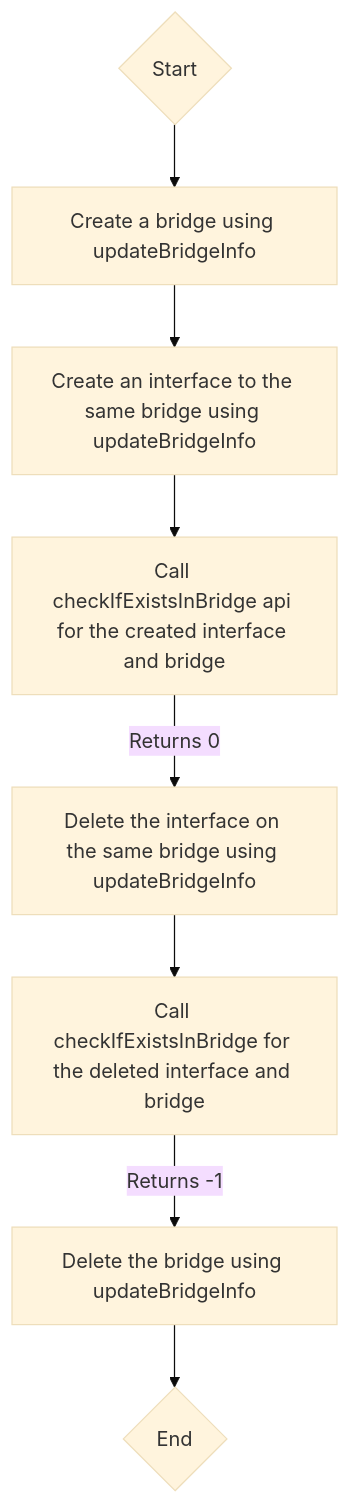
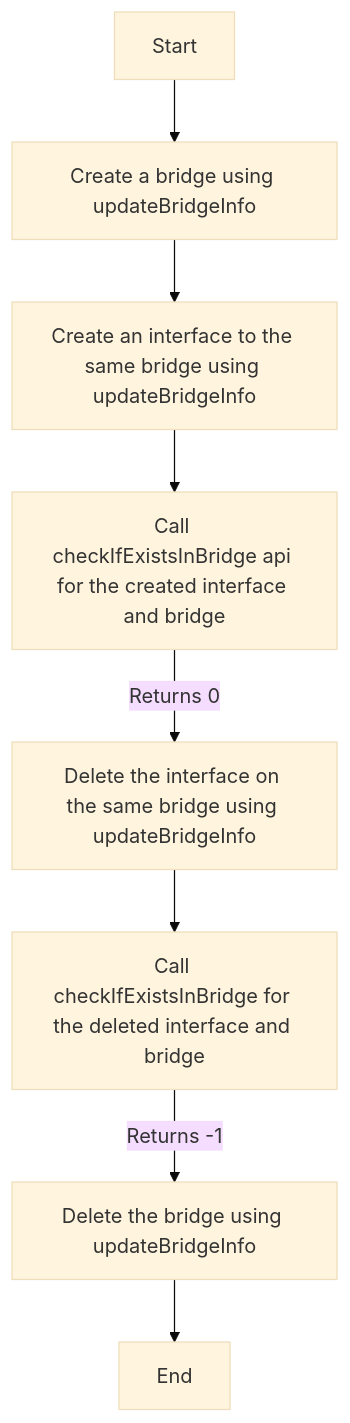
The first of 5 diagrams in docs/pages/bridge_util_mermaid.md (rdkcentral/rdkb-halif-test-bridge-util), drawn with Mermaid (base theme) before and after one commit. The commit also changed other lines of this file, not shown here.

Commit message:
Develop bridge util hal L2 test suite Modified bridge util Mermaid file

````diff
--- a/docs/pages/bridge_util_mermaid.md
+++ b/docs/pages/bridge_util_mermaid.md
@@ -5,10 +5,10 @@
 ```mermaid
 graph TB
-A{Start} --> B[Create a bridge using updateBridgeInfo]
+A[Start] --> B[Create a bridge using updateBridgeInfo]
 B --> C[Create an interface to the same bridge using updateBridgeInfo]
 C --> D[Call checkIfExistsInBridge api for the created interface and bridge]
 D --> |Returns 0| E[Delete the interface on the same bridge using updateBridgeInfo]
 E --> F[Call checkIfExistsInBridge for the deleted interface and bridge]
 F --> |Returns -1| G[Delete the bridge using updateBridgeInfo]
-G --> H{End}
+G --> H[End]
 ```
````
